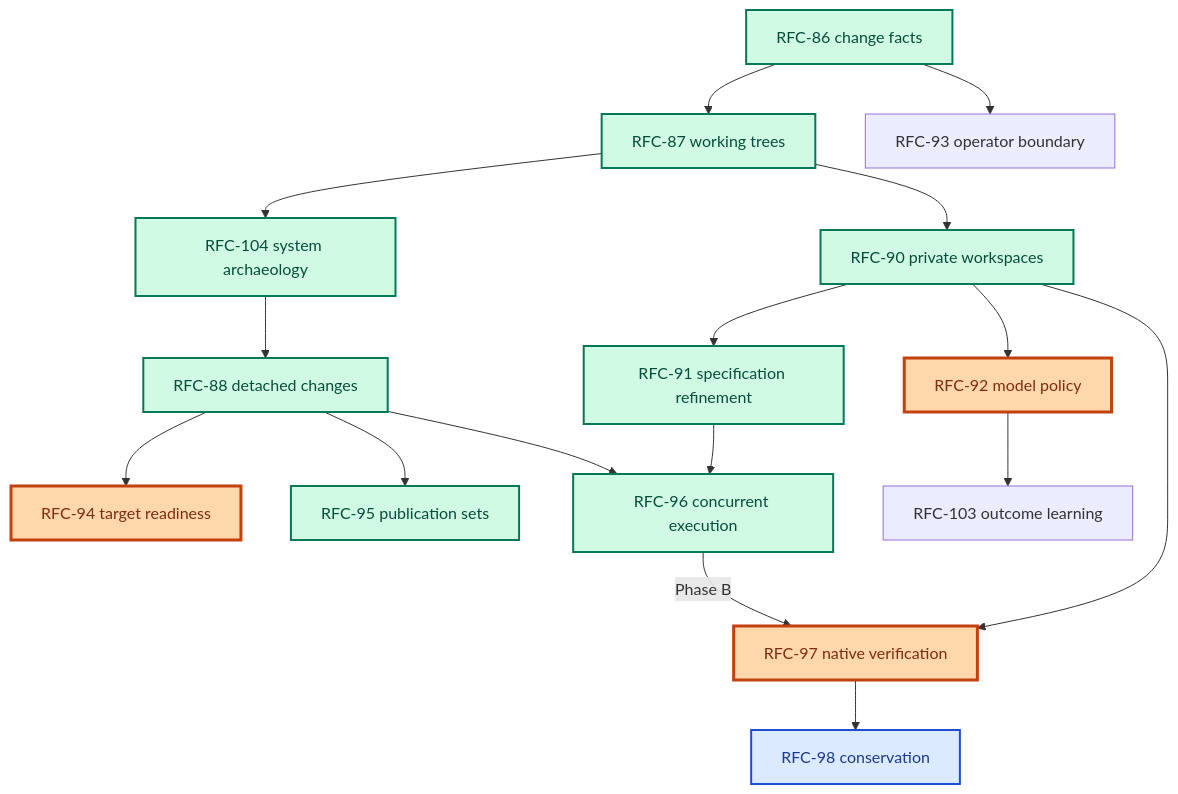
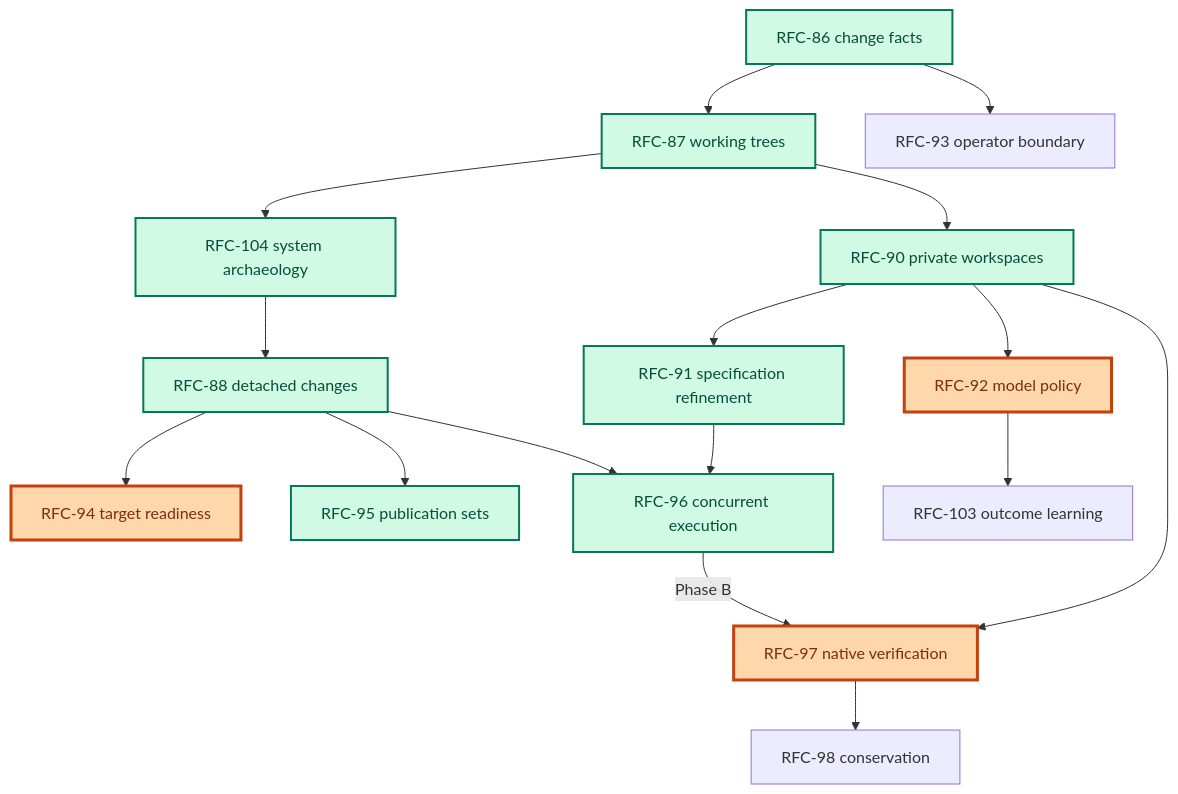
One commit to augentic/anvil changed the diagram in rfcs/platform.md. Above: the diagram before and after it, drawn with Mermaid. The commit also changed other lines of this file and 98 other files, not shown here.

````diff
--- a/rfcs/platform.md
+++ b/rfcs/platform.md
@@ -23,25 +23,23 @@
 ```mermaid
 flowchart TD
     R86[RFC-86 change facts] --> R87[RFC-87 working trees]
     R86 --> R93[RFC-93 operator boundary]
     R87 --> R104[RFC-104 system archaeology]
     R87 --> R90[RFC-90 private workspaces]
     R104 --> R88[RFC-88 detached changes]
     R88 --> R94[RFC-94 target readiness]
     R88 --> R95[RFC-95 publication sets]
     R88 --> R96[RFC-96 concurrent execution]
     R90 --> R91[RFC-91 specification refinement]
     R90 --> R92[RFC-92 model policy]
     R90 --> R97[RFC-97 native verification]
     R91 --> R96[RFC-96 concurrent execution]
     R92 --> R103[RFC-103 outcome learning]
     R96 -->|Phase B| R97
     R97 --> R98[RFC-98 conservation]
 
     classDef done fill:#d1fae5,stroke:#047857,color:#064e3b,stroke-width:2px
     classDef nearterm fill:#fed7aa,stroke:#c2410c,color:#7c2d12,stroke-width:3px
-    classDef later fill:#dbeafe,stroke:#1d4ed8,color:#1e3a8a,stroke-width:2px
     class R86,R87,R88,R90,R91,R104,R95,R96 done
     class R92,R97,R94 nearterm
-    class R98 later
 ```
````
